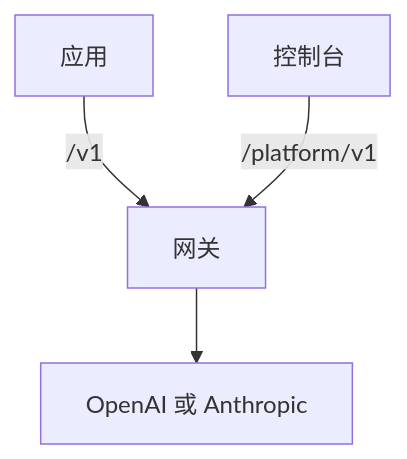
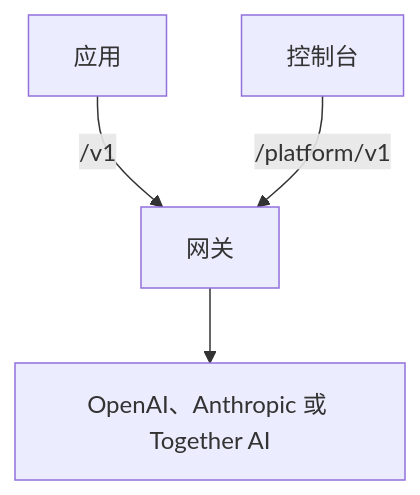
Before and after one commit to logicplanes/kaeso: the diagram in apps/docs/content/zh-CN/index.md, drawn with Mermaid. The commit also changed other lines of this file and 7 other files, not shown here.

First line of the commit message:
Name Together AI on the home page, the quick start and the credential schema

````diff
--- a/apps/docs/content/zh-CN/index.md
+++ b/apps/docs/content/zh-CN/index.md
@@ -49,8 +49,8 @@
 ```mermaid
 flowchart TD
   accTitle: 各部分如何配合
-  accDescr: 应用通过 /v1 调用网关，控制台通过 /platform/v1 调用网关；网关调用 OpenAI 或 Anthropic。
+  accDescr: 应用通过 /v1 调用网关，控制台通过 /platform/v1 调用网关；网关调用 OpenAI、Anthropic 或 Together AI。
   apps[应用] -- /v1 --> gateway[网关]
   console[控制台] -- /platform/v1 --> gateway
-  gateway --> providers[OpenAI 或 Anthropic]
+  gateway --> providers[OpenAI、Anthropic 或 Together AI]
 ```
````
